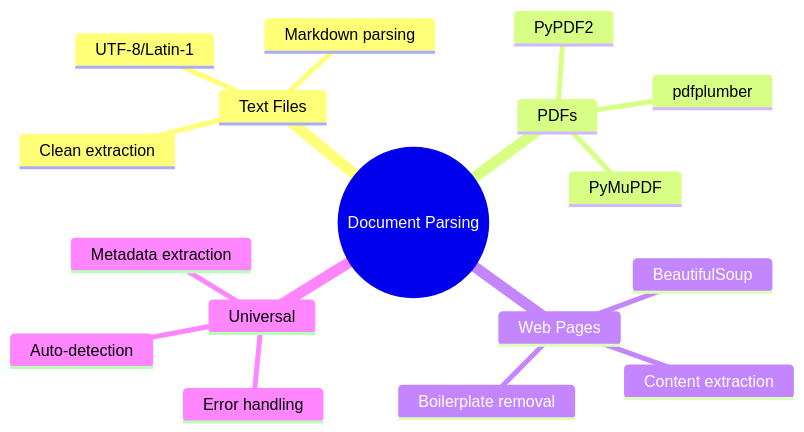
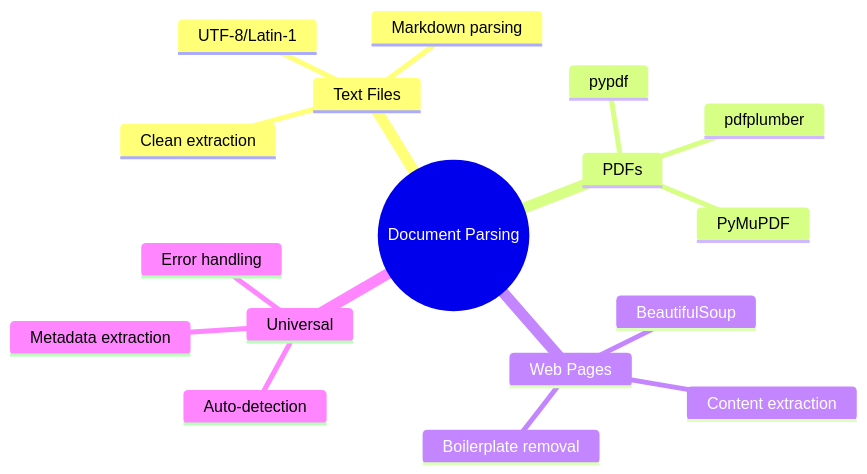
Before and after one commit to akshkr/akashnotes: the second of 2 diagrams in Phase_2_RAG_and_Tool_Calling/Day_024_document_parsing/document_parsing.md, drawn with Mermaid. The commit also changed other lines of this file and 64 other files, not shown here.

````diff
--- a/Phase_2_RAG_and_Tool_Calling/Day_024_document_parsing/document_parsing.md
+++ b/Phase_2_RAG_and_Tool_Calling/Day_024_document_parsing/document_parsing.md
@@ -452,20 +454,20 @@
 ```mermaid
 mindmap
   root((Document Parsing))
     Text Files
       UTF-8/Latin-1
       Markdown parsing
       Clean extraction
     PDFs
-      PyPDF2
+      pypdf
       pdfplumber
       PyMuPDF
     Web Pages
       BeautifulSoup
       Content extraction
       Boilerplate removal
     Universal
       Auto-detection
       Metadata extraction
       Error handling
 ```
````
